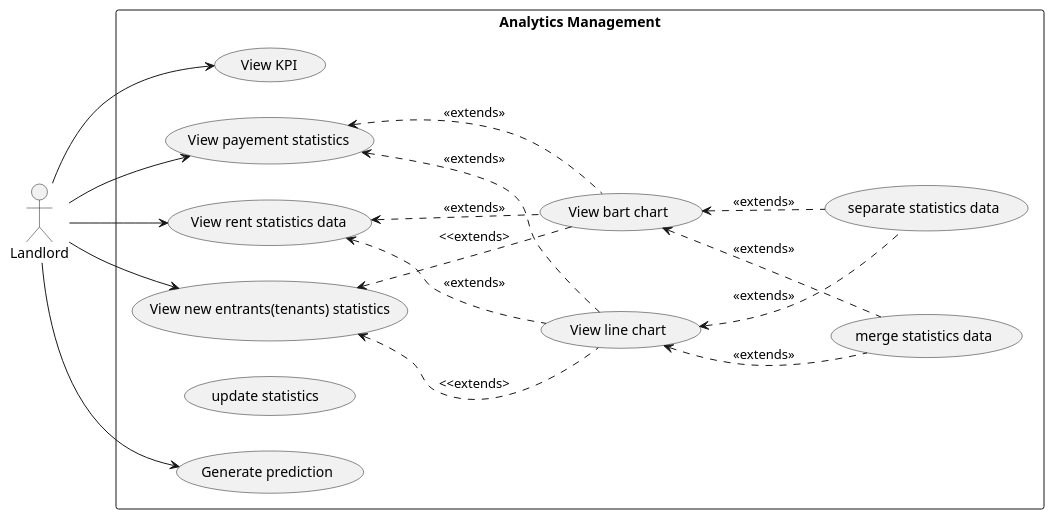
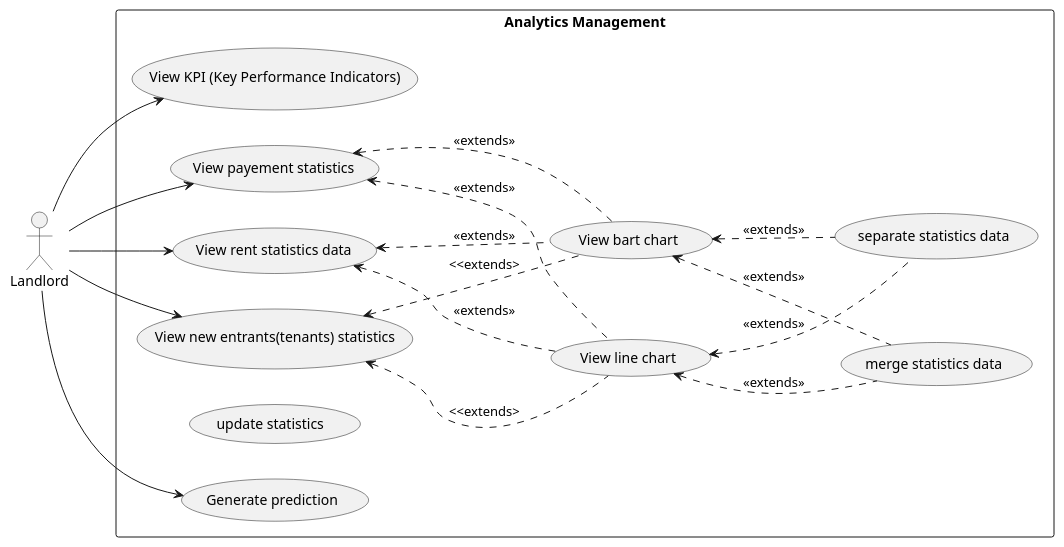
One commit to SprigganTwelve/immo-flow changed the diagram in architecture/analytics/usecase.puml. Above: the diagram before and after it, drawn with PlantUML. The commit also changed 7 other files, not shown here.

Commit message:
class uml, update DocumentToolkit handler

```diff
--- a/architecture/analytics/usecase.puml
+++ b/architecture/analytics/usecase.puml
@@ -1,63 +1,65 @@
 @startuml 
 
 left to right direction
 
 actor Landlord
 
 
 rectangle "Analytics Management"{
-    ( View KPI) as USG
+    usecase "View KPI (Key Performance Indicators)" as USG
     ( View payement statistics) as US1
 
     'number of rent made per day along the 30 past days
     ( View rent statistics data) as US2
     usecase "View new entrants(tenants) statistics" as US3
 
     ( View line chart ) as US4
     ( View bart chart ) as US5
     ' ( View  pie chart ) as US6
 
     ' ( Clear chart ) as US7
     
     ( merge statistics data ) as US8
     ( separate statistics data ) as US9
     ( update statistics  )  as  US10
     ( Generate prediction ) as US11
 }
 
 
+
 Landlord --> USG
 Landlord --> US1
 Landlord --> US2
 Landlord --> US3
 Landlord --> US11
+
 
 'payement
 
 US1 <.down. US4 : <<extends>>
 US1 <.. US5 : <<extends>>
 
 'rent
 
 US2 <.down. US4    :<<extends>>
 US2 <.down. US5    :<<extends>>
 
 
 'new tenants
 
 US3 <.. US4 : <<extends>
 US3 <.. US5 : <<extends>
 
 'line charts options
 
 US4 <.. US8: <<extends>>
 US4 <.. US9: <<extends>>
 ' US4 <.. US10: <<extends>>
 
 
 US5 <.. US8: <<extends>>
 US5 <.. US9: <<extends>>
 ' US5 <.. US10: <<extends>>
 
 
 @enduml
```
